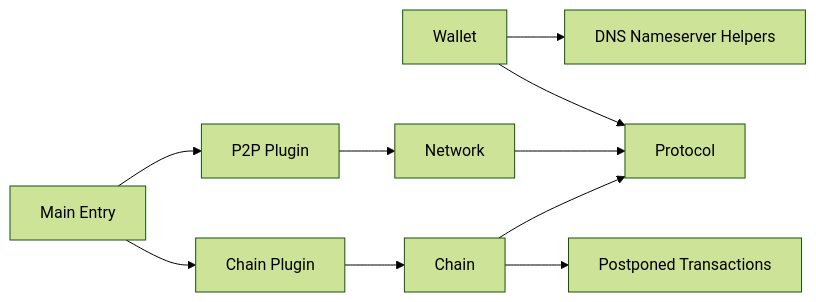
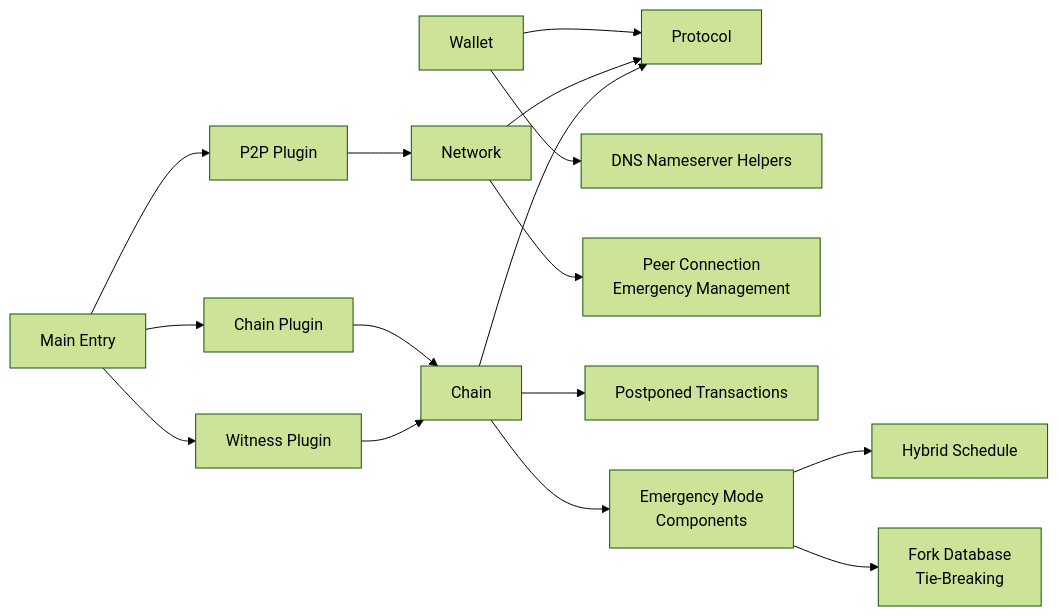
Before and after one commit to VIZ-Blockchain/viz-cpp-node: diagram 15 of 15 in .qoder/repowiki/en/content/Core Libraries.md, drawn with Mermaid (forest theme). The commit also changed other lines of this file and 4 other files, not shown here.

````diff
--- a/.qoder/repowiki/en/content/Core Libraries.md
+++ b/.qoder/repowiki/en/content/Core Libraries.md
@@ -781,12 +1029,18 @@
 ```mermaid
 graph LR
 WALLET["Wallet"] --> PROTO["Protocol"]
 WALLET --> DNS_HELPERS["DNS Nameserver Helpers"]
 NET["Network"] --> PROTO
+NET --> PEER_CONN["Peer Connection<br/>Emergency Management"]
 CHAIN["Chain"] --> PROTO
 CHAIN --> DB_WITH["Postponed Transactions"]
+CHAIN --> EMERGENCY_MODE["Emergency Mode<br/>Components"]
+EMERGENCY_MODE --> HYBRID_SCHED["Hybrid Schedule"]
+EMERGENCY_MODE --> FORK_DB["Fork Database<br/>Tie-Breaking"]
 PL_P2P["P2P Plugin"] --> NET
 PL_CHAIN["Chain Plugin"] --> CHAIN
+PL_WITNESS["Witness Plugin"] --> CHAIN
 MAIN["Main Entry"] --> PL_CHAIN
 MAIN --> PL_P2P
+MAIN --> PL_WITNESS
 ```
````
